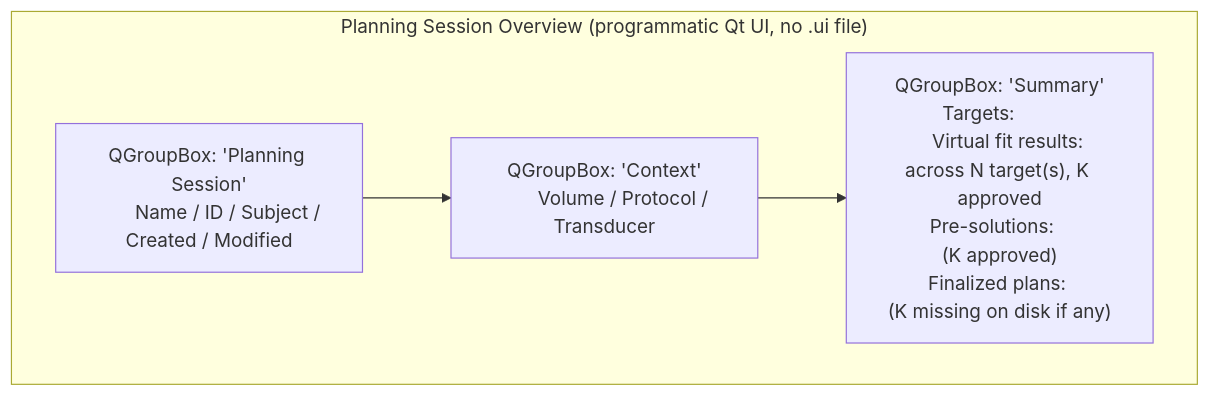
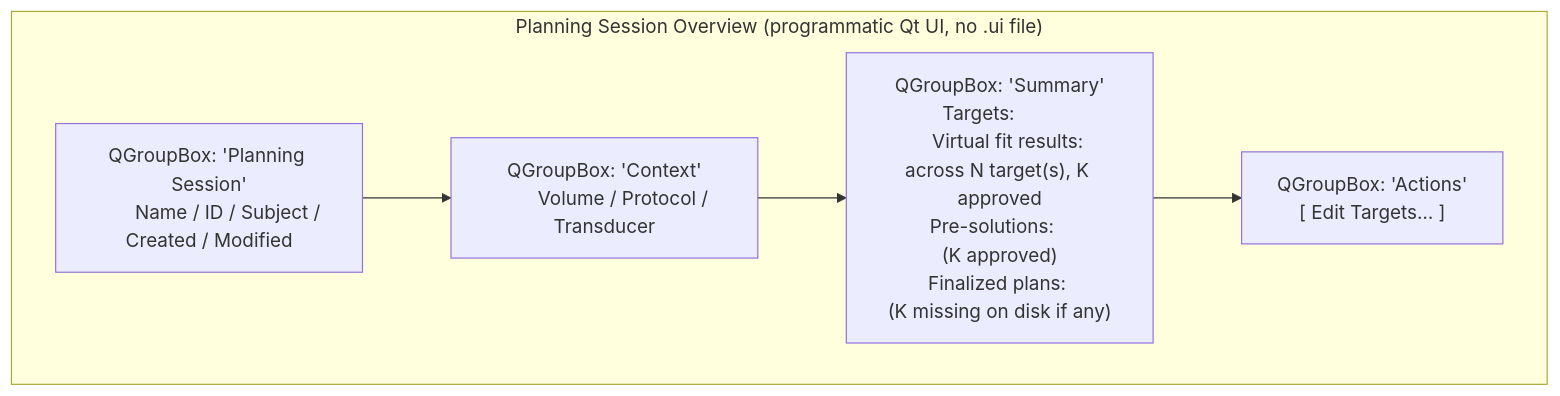
Before and after one commit to OpenwaterHealth/SlicerOpenLIFU: the diagram in docs/pages/planning-session-overview.md, drawn with Mermaid. The commit also changed other lines of this file and 9 other files, not shown here.

````diff
--- a/docs/pages/planning-session-overview.md
+++ b/docs/pages/planning-session-overview.md
@@ -27,15 +27,17 @@
 ```mermaid
 flowchart TB
     subgraph PSO["Planning Session Overview (programmatic Qt UI, no .ui file)"]
       HEAD["QGroupBox: 'Planning Session'
         Name / ID / Subject / Created / Modified"]
       CTX["QGroupBox: 'Context'
         Volume / Protocol / Transducer"]
       SUM["QGroupBox: 'Summary'
         Targets:                <count>
         Virtual fit results:    <count> across N target(s), K approved
         Pre-solutions:          <count> (K approved)
         Finalized plans:        <count> (K missing on disk if any)"]
-      HEAD --> CTX --> SUM
+      ACT["QGroupBox: 'Actions'
+        [ Edit Targets… ]"]
+      HEAD --> CTX --> SUM --> ACT
     end
 ```
````
